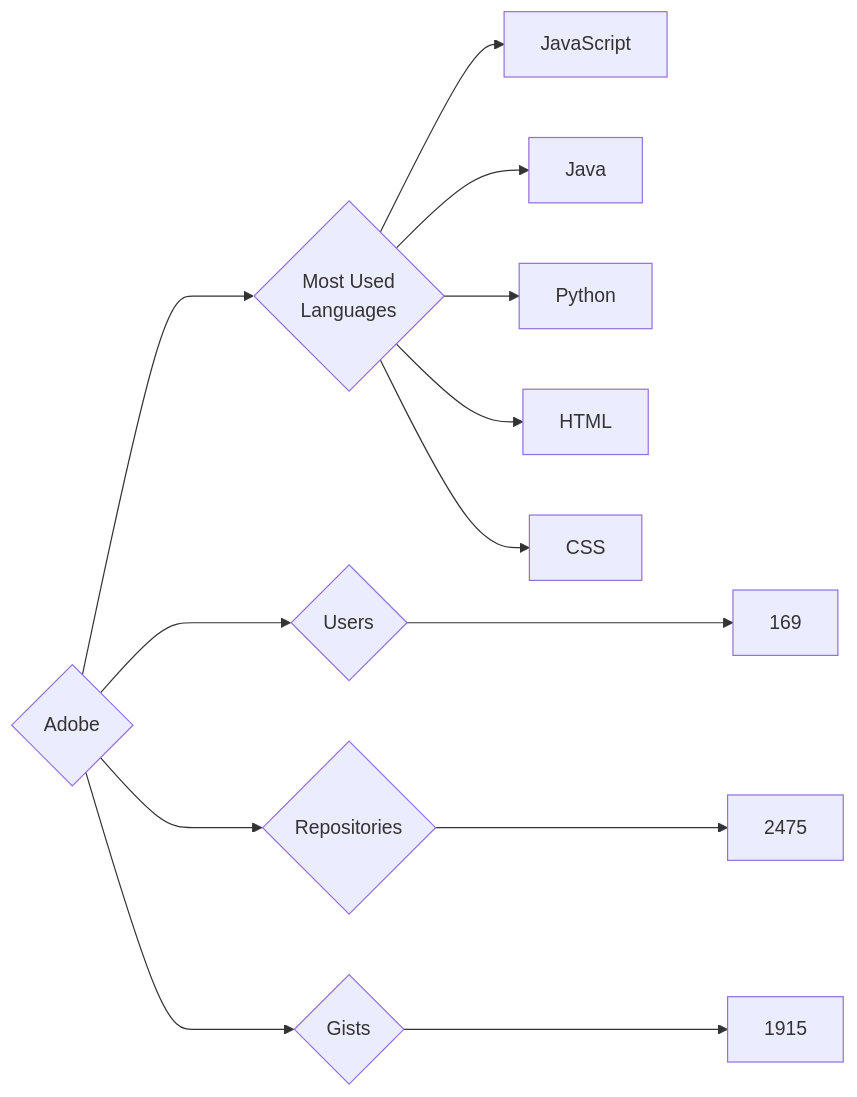
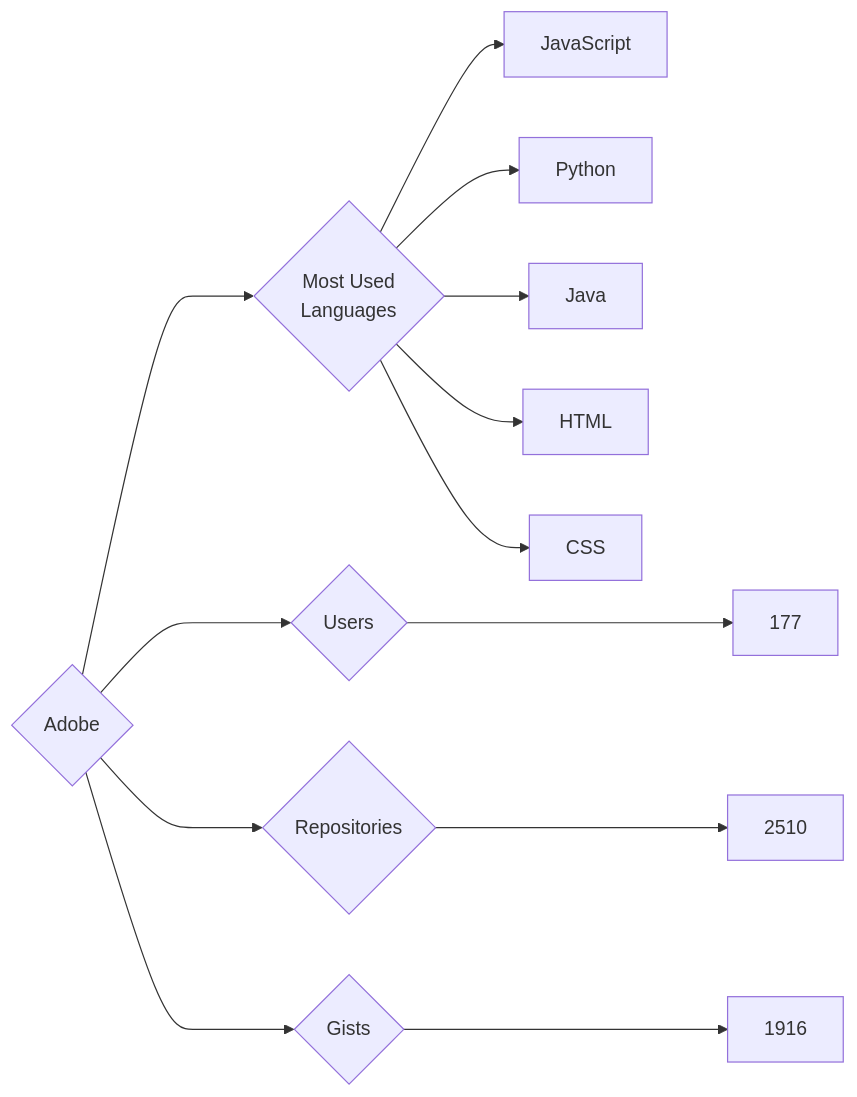
Before and after one commit to trickest/insiders: the diagram in targets/Adobe/README.md, drawn with Mermaid. The commit also changed 998 other files, not shown here.

````diff
--- a/targets/Adobe/README.md
+++ b/targets/Adobe/README.md
@@ -3,13 +3,13 @@
 ```mermaid
 graph LR
 COMPANY_NAME{Adobe}
-COMPANY_NAME ---> U{Users} ---> UN[169]
-COMPANY_NAME ---> R{Repositories} ---> RN[2475]
-COMPANY_NAME ---> G{Gists} ---> GN[1915]
+COMPANY_NAME ---> U{Users} ---> UN[177]
+COMPANY_NAME ---> R{Repositories} ---> RN[2510]
+COMPANY_NAME ---> G{Gists} ---> GN[1916]
 COMPANY_NAME ---> ML{Most Used<br>Languages}
 ML --> JavaScript[JavaScript]
+ML --> Python[Python]
 ML --> Java[Java]
-ML --> Python[Python]
 ML --> HTML[HTML]
 ML --> CSS[CSS]
 ```
````
